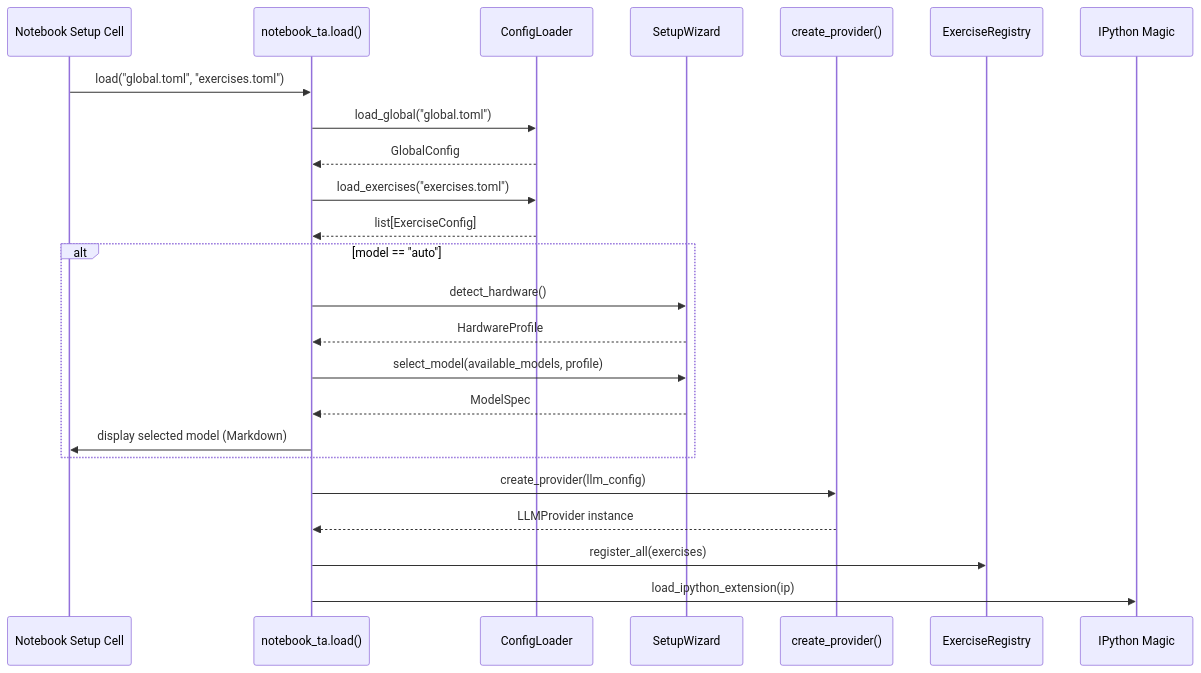
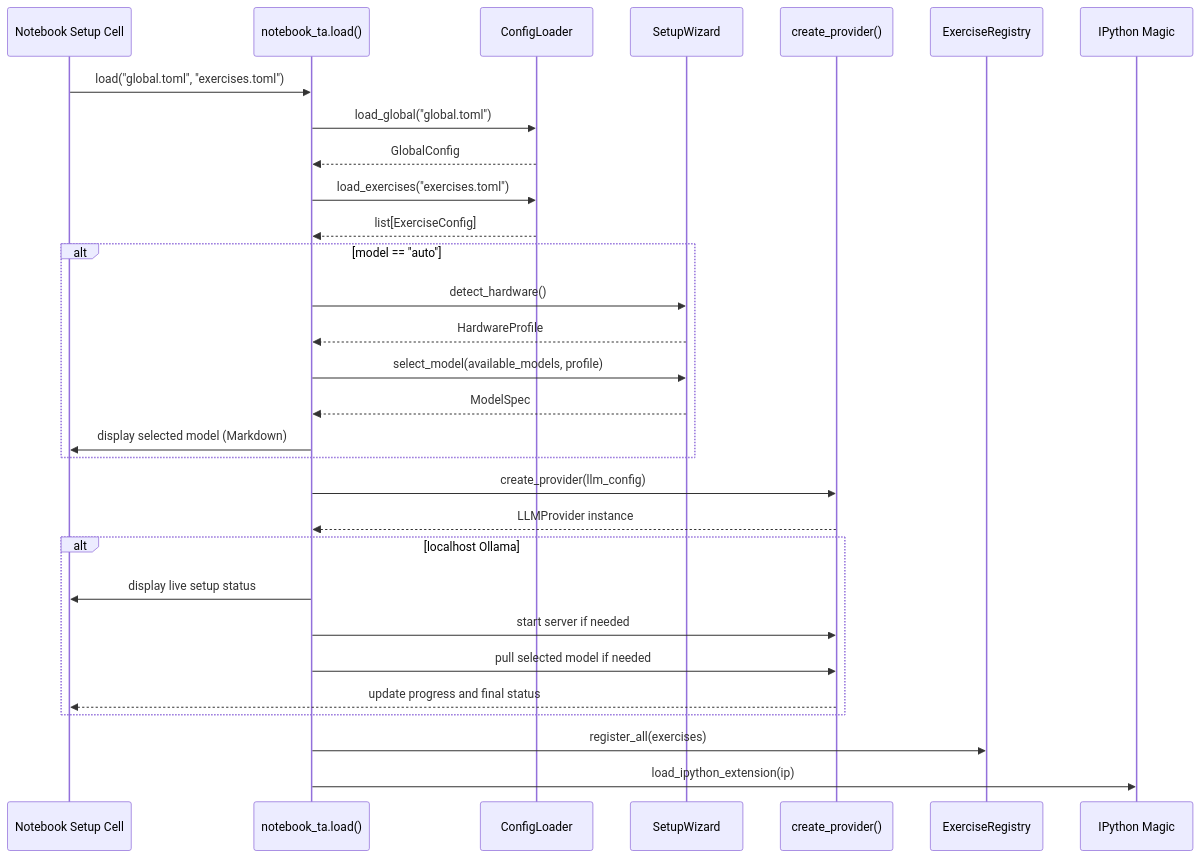
Before and after one commit to PerretB/notebook-ta: the first of 3 diagrams in spec/Architecture.md, drawn with Mermaid. The commit also changed other lines of this file and 8 other files, not shown here.

Commit message:
Improve init procedure, pre-start and pre-load local ollama

````diff
--- a/spec/Architecture.md
+++ b/spec/Architecture.md
@@ -612,27 +620,33 @@
 ```mermaid
 sequenceDiagram
     participant NB as Notebook Setup Cell
     participant API as notebook_ta.load()
     participant CL as ConfigLoader
     participant SW as SetupWizard
     participant LLM as create_provider()
     participant REG as ExerciseRegistry
     participant MAG as IPython Magic
 
     NB->>API: load("global.toml", "exercises.toml")
     API->>CL: load_global("global.toml")
     CL-->>API: GlobalConfig
     API->>CL: load_exercises("exercises.toml")
     CL-->>API: list[ExerciseConfig]
     alt model == "auto"
         API->>SW: detect_hardware()
         SW-->>API: HardwareProfile
         API->>SW: select_model(available_models, profile)
         SW-->>API: ModelSpec
         API->>NB: display selected model (Markdown)
     end
     API->>LLM: create_provider(llm_config)
     LLM-->>API: LLMProvider instance
+    alt localhost Ollama
+        API->>NB: display live setup status
+        API->>LLM: start server if needed
+        API->>LLM: pull selected model if needed
+        LLM-->>NB: update progress and final status
+    end
     API->>REG: register_all(exercises)
     API->>MAG: load_ipython_extension(ip)
 ```
````
